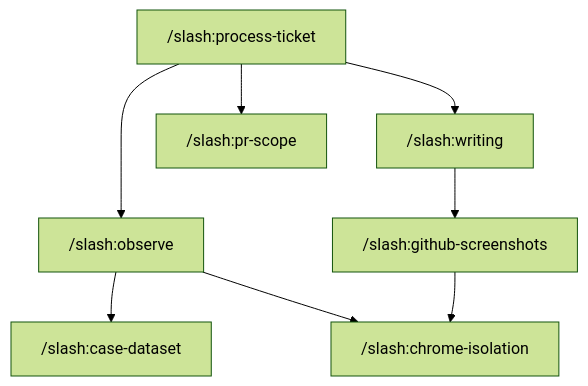
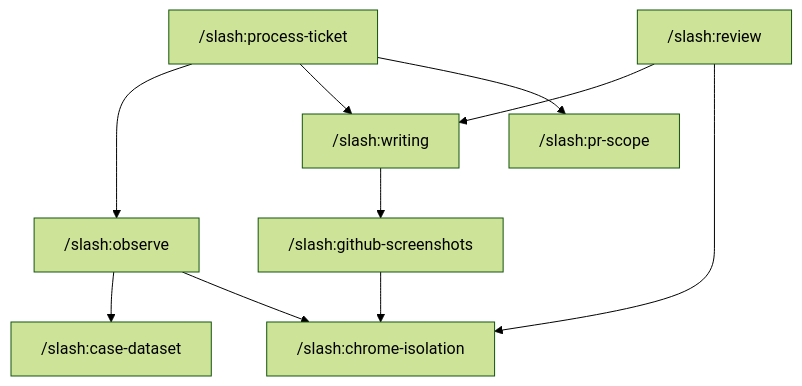
The second of 2 diagrams in README.md (vinslash/claude-custom), drawn with Mermaid (forest theme) before and after one commit. The commit also changed other lines of this file and 5 other files, not shown here.

````diff
--- a/README.md
+++ b/README.md
@@ -100,18 +104,21 @@
 ```mermaid
 flowchart TD
     pt["/slash:process-ticket"]
+    rv["/slash:review"]
     co["/slash:observe"]
     re["/slash:writing"]
     rd["/slash:case-dataset"]
     sc["/slash:pr-scope"]
     cg["/slash:github-screenshots"]
     ca["/slash:chrome-isolation"]
 
     pt --> co
     pt --> re
     pt --> sc
+    rv --> re
+    rv --> ca
     co --> rd
     co --> ca
     re --> cg
     cg --> ca
 ```
````
